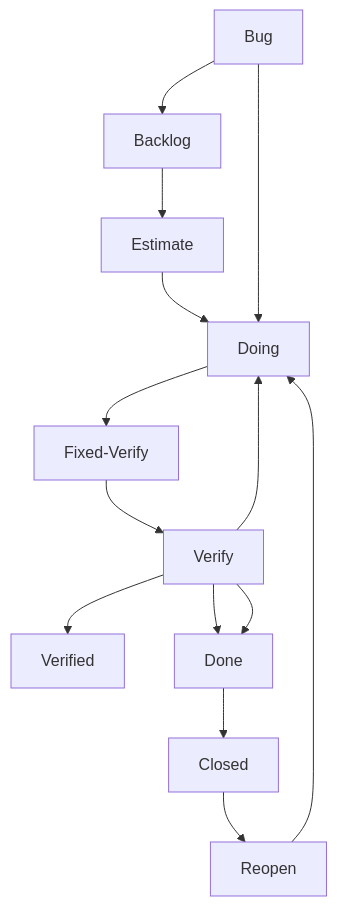
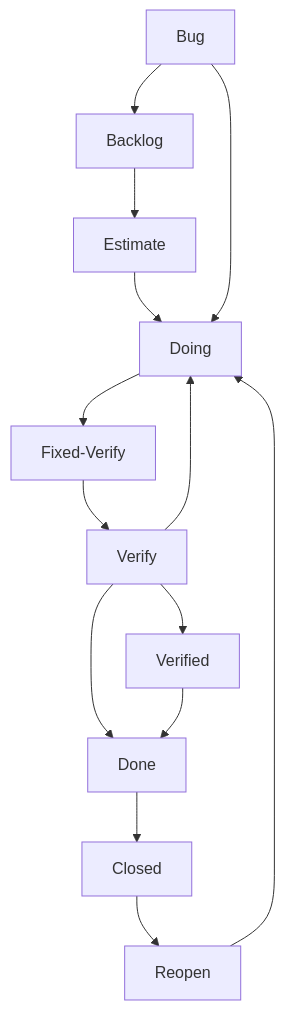
One commit to Betaoptics/ttos0100---2019-implementation changed the second of 3 diagrams in .gitlab/labels-and-definitions.md. Above: the diagram before and after it, drawn with Mermaid.

````diff
--- a/.gitlab/labels-and-definitions.md
+++ b/.gitlab/labels-and-definitions.md
@@ -76,16 +76,16 @@
 ```mermaid
 graph TD;
     Bug-->Backlog;
     Backlog-->Estimate;
     Estimate-->Doing;
     Bug-->Doing;
     Doing-->Fixed-Verify;
     Verify-->Verified;
     Fixed-Verify-->Verify;
     Verify-->Doing;
     Verify-->Done;
+    Verified-->Done;
     Done-->Closed;
-    Verify-->Done;
     Closed-->Reopen;
     Reopen-->Doing;
 ```
````
